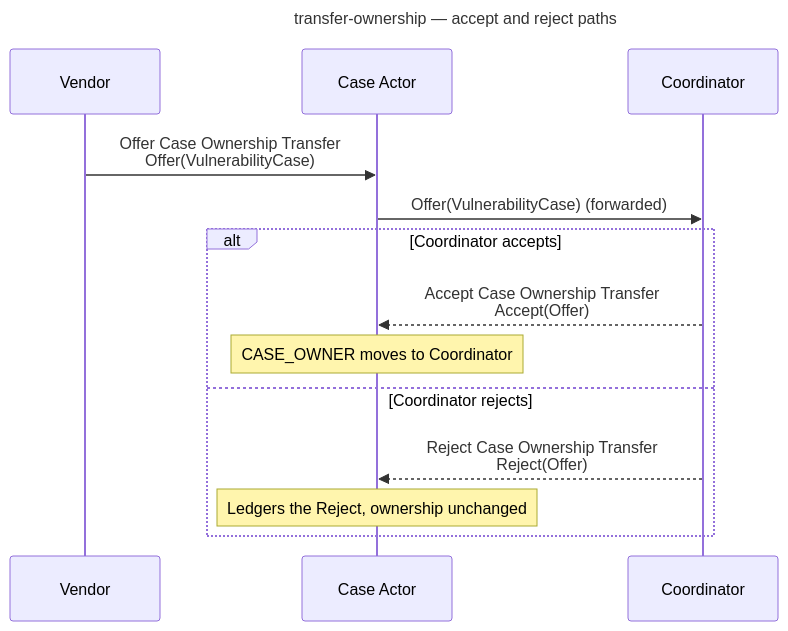
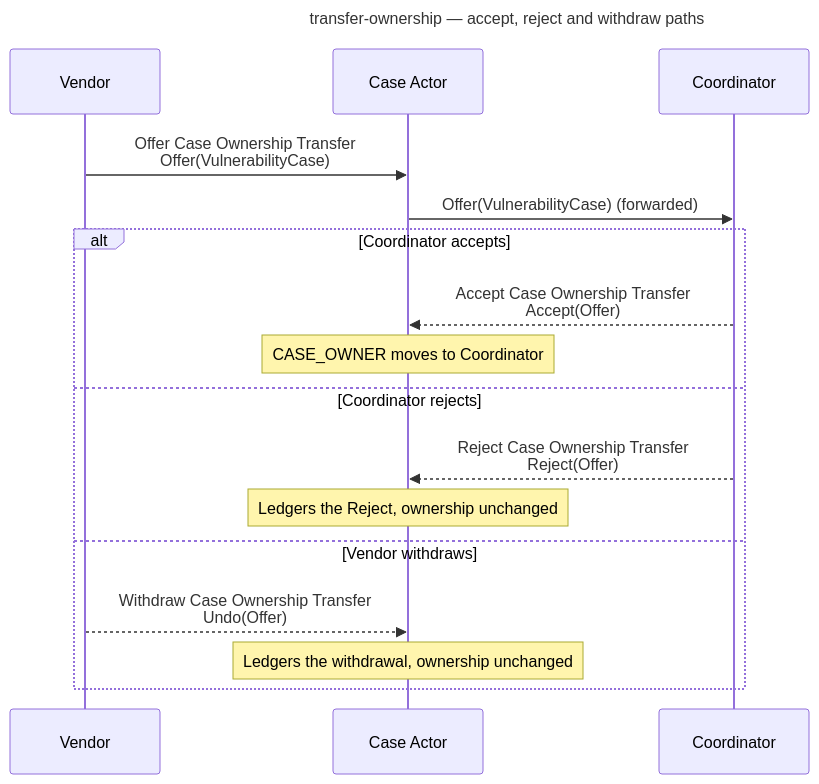
The fourth of 9 diagrams in docs/tutorials/other_demos.md (CERTCC/Vultron), drawn with Mermaid before and after one commit. The commit also changed other lines of this file and 61 other files, not shown here.

First line of the commit message:
feat(ownership): owner withdraws an open ownership-transfer Offer (Undo)

````diff
--- a/docs/tutorials/other_demos.md
+++ b/docs/tutorials/other_demos.md
@@ -195,19 +196,22 @@
 ```mermaid
 ---
-title: transfer-ownership — accept and reject paths
+title: transfer-ownership — accept, reject and withdraw paths
 ---
 sequenceDiagram
     participant V as Vendor
     participant CA as Case Actor
     participant C as Coordinator
 
     V->>CA: Offer Case Ownership Transfer<br/>Offer(VulnerabilityCase)
     CA->>C: Offer(VulnerabilityCase) (forwarded)
     alt Coordinator accepts
         C-->>CA: Accept Case Ownership Transfer<br/>Accept(Offer)
         Note over CA: CASE_OWNER moves to Coordinator
     else Coordinator rejects
         C-->>CA: Reject Case Ownership Transfer<br/>Reject(Offer)
         Note over CA: Ledgers the Reject, ownership unchanged
+    else Vendor withdraws
+        V-->>CA: Withdraw Case Ownership Transfer<br/>Undo(Offer)
+        Note over CA: Ledgers the withdrawal, ownership unchanged
     end
 ```
````
